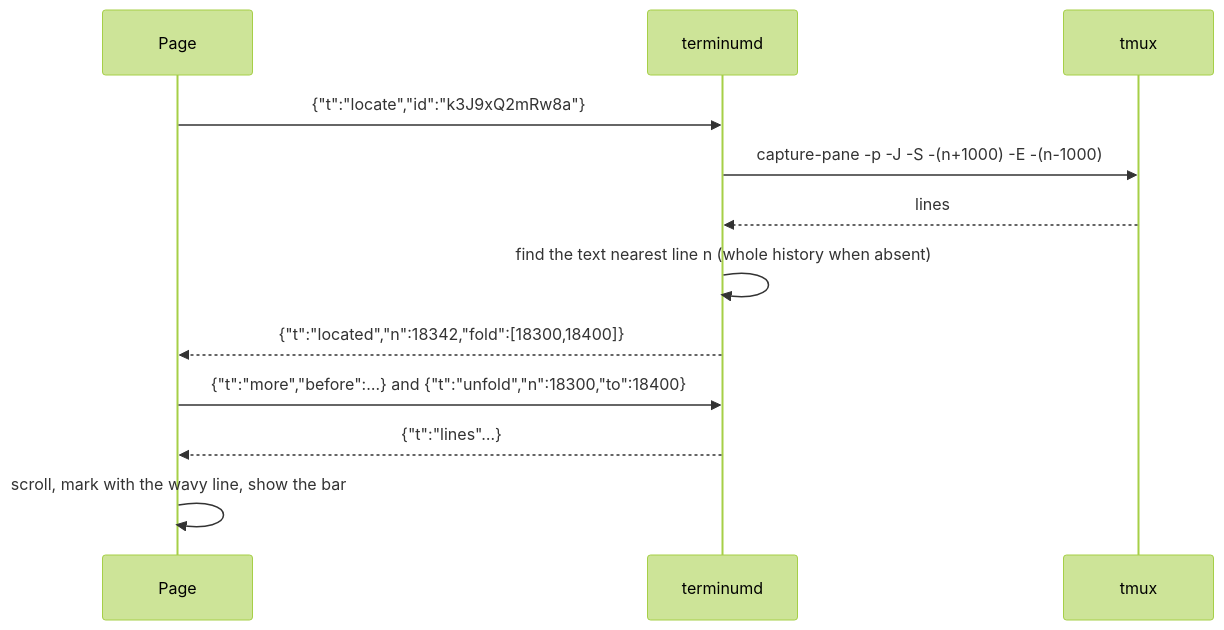
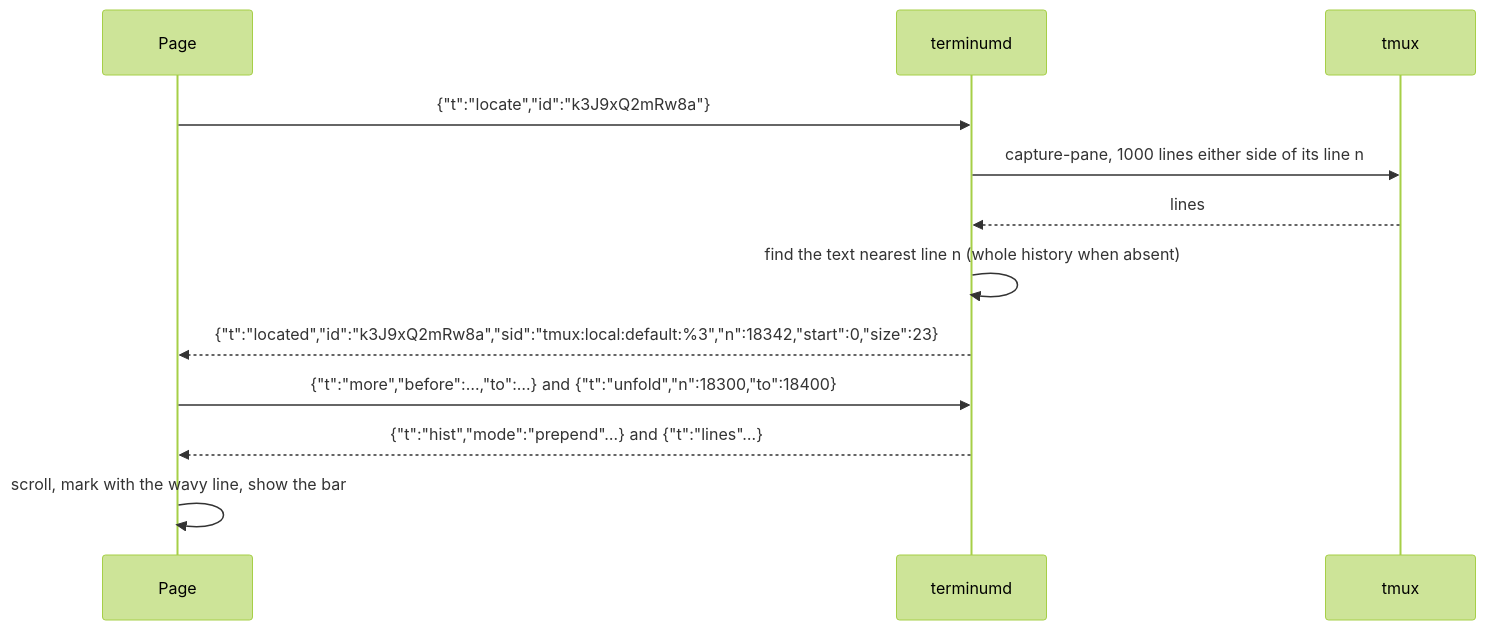
Before and after one commit to Mystic-Mirage/terminum: the first of 2 diagrams in docs/specs/terminum-terminal.md, drawn with Mermaid (forest theme). The commit also changed other lines of this file and 35 other files, not shown here.

````diff
--- a/docs/specs/terminum-terminal.md
+++ b/docs/specs/terminum-terminal.md
@@ -961,14 +579,14 @@
 ```mermaid
 sequenceDiagram
   participant P as Page
   participant D as terminumd
   participant T as tmux
   P->>D: {"t":"locate","id":"k3J9xQ2mRw8a"}
-  D->>T: capture-pane -p -J -S -(n+1000) -E -(n-1000)
+  D->>T: capture-pane, 1000 lines either side of its line n
   T-->>D: lines
   D->>D: find the text nearest line n (whole history when absent)
-  D-->>P: {"t":"located","n":18342,"fold":[18300,18400]}
-  P->>D: {"t":"more","before":…} and {"t":"unfold","n":18300,"to":18400}
-  D-->>P: {"t":"lines"…}
+  D-->>P: {"t":"located","id":"k3J9xQ2mRw8a","sid":"tmux:local:default:%3","n":18342,"start":0,"size":23}
+  P->>D: {"t":"more","before":…,"to":…} and {"t":"unfold","n":18300,"to":18400}
+  D-->>P: {"t":"hist","mode":"prepend"…} and {"t":"lines"…}
   P->>P: scroll, mark with the wavy line, show the bar
 ```
````
